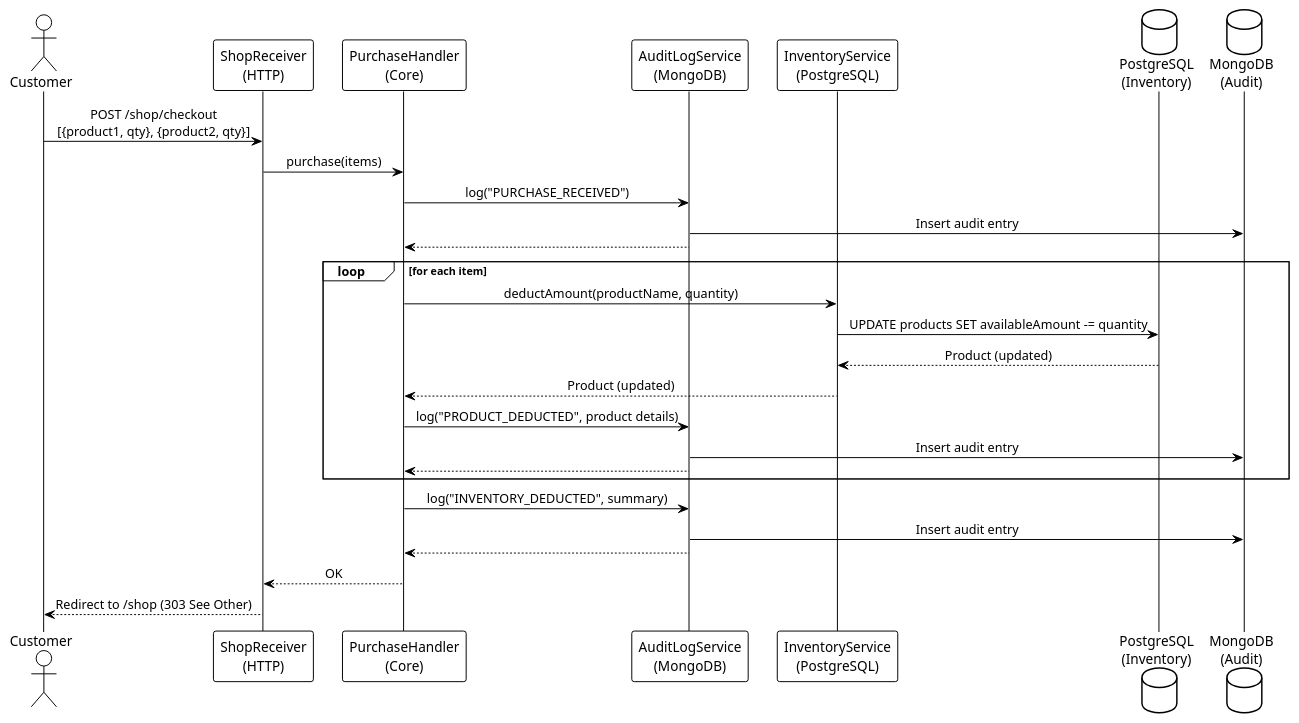
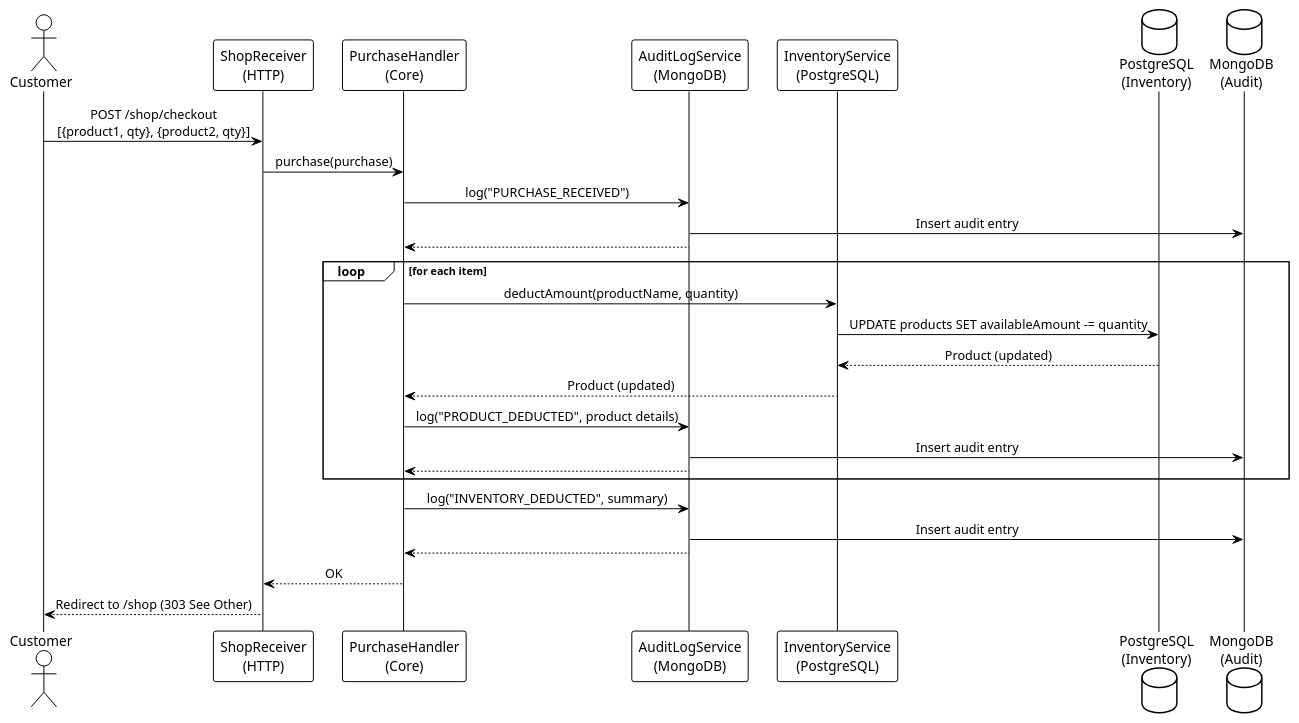
The diagram in docs/architecture/flows/shop-checkout.puml (svene/2026-07-26_quarkus-hexagon-demo-mm-per-tech), drawn with PlantUML before and after one commit. The commit also changed 17 other files, not shown here.

```diff
--- a/docs/architecture/flows/shop-checkout.puml
+++ b/docs/architecture/flows/shop-checkout.puml
@@ -1,36 +1,36 @@
 @startuml shop_checkout
 !theme plain
 skinparam sequenceMessageAlign center
 skinparam backgroundColor #ffffff
 
 actor "Customer" as user
 participant "ShopReceiver\n(HTTP)" as receiver
 participant "PurchaseHandler\n(Core)" as handler
 participant "AuditLogService\n(MongoDB)" as audit
 participant "InventoryService\n(PostgreSQL)" as inventory
 database "PostgreSQL\n(Inventory)" as db_inv
 database "MongoDB\n(Audit)" as db_audit
 
 user -> receiver: POST /shop/checkout\n[{product1, qty}, {product2, qty}]
-receiver -> handler: purchase(items)
+receiver -> handler: purchase(purchase)
 handler -> audit: log("PURCHASE_RECEIVED")
 audit -> db_audit: Insert audit entry
 audit --> handler
 
 loop for each item
   handler -> inventory: deductAmount(productName, quantity)
   inventory -> db_inv: UPDATE products SET availableAmount -= quantity
   db_inv --> inventory: Product (updated)
   inventory --> handler: Product (updated)
   handler -> audit: log("PRODUCT_DEDUCTED", product details)
   audit -> db_audit: Insert audit entry
   audit --> handler
 end
 
 handler -> audit: log("INVENTORY_DEDUCTED", summary)
 audit -> db_audit: Insert audit entry
 audit --> handler
 handler --> receiver: OK
 receiver --> user: Redirect to /shop (303 See Other)
 
 @enduml
```
